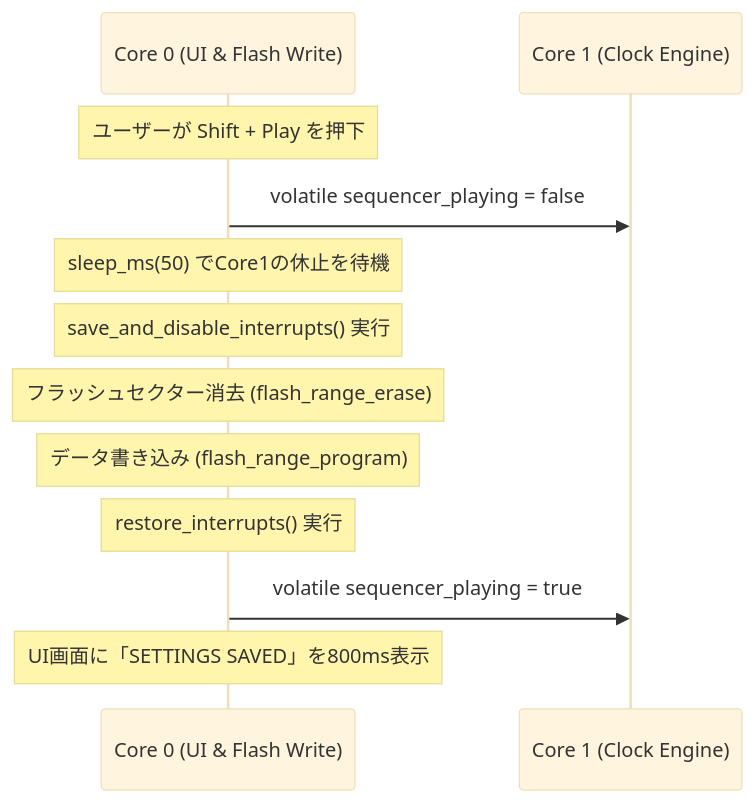
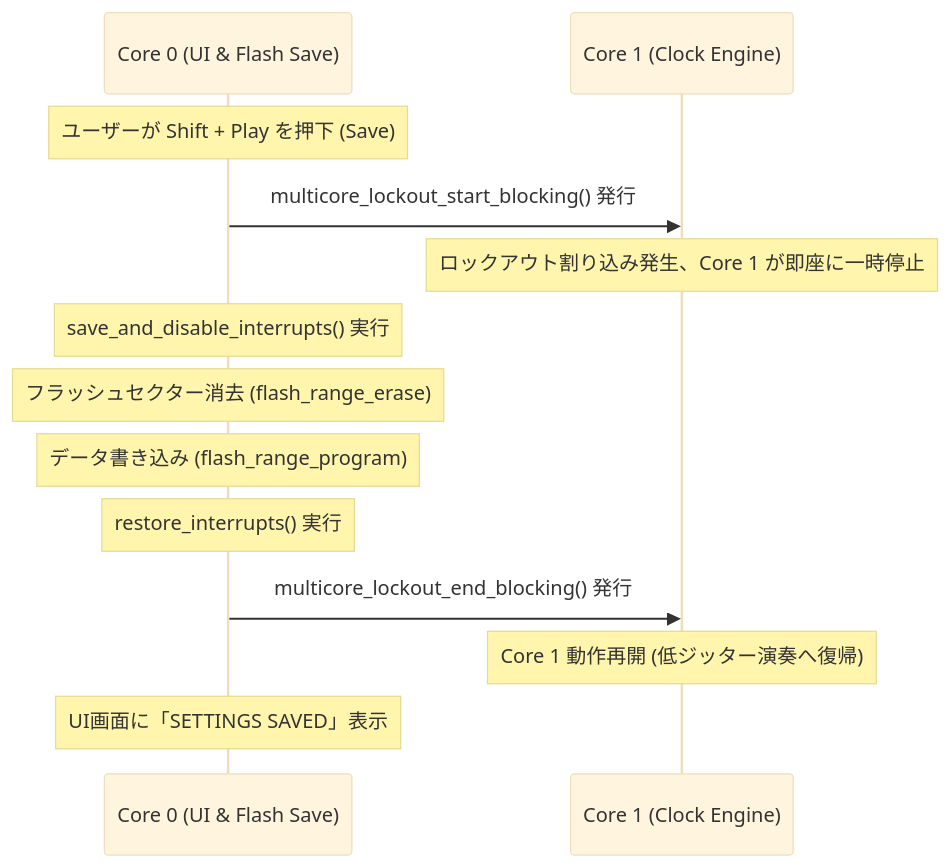
The second of 2 diagrams in ARCHITECTURE.md (ijnekenamay/generative-midi-sequencer), drawn with Mermaid (base theme) before and after one commit. The commit also changed other lines of this file and 7 other files, not shown here.

````diff
--- a/ARCHITECTURE.md
+++ b/ARCHITECTURE.md
@@ -165,15 +182,16 @@
 ```mermaid
 sequenceDiagram
-    participant Core0 as Core 0 (UI & Flash Write)
+    participant Core0 as Core 0 (UI & Flash Save)
     participant Core1 as Core 1 (Clock Engine)
     
-    Note over Core0: ユーザーが Shift + Play を押下
-    Core0->>Core1: volatile sequencer_playing = false
-    Note over Core0: sleep_ms(50) でCore1の休止を待機
+    Note over Core0: ユーザーが Shift + Play を押下 (Save)
+    Core0->>Core1: multicore_lockout_start_blocking() 発行
+    Note over Core1: ロックアウト割り込み発生、Core 1 が即座に一時停止
     Note over Core0: save_and_disable_interrupts() 実行
     Note over Core0: フラッシュセクター消去 (flash_range_erase)
     Note over Core0: データ書き込み (flash_range_program)
     Note over Core0: restore_interrupts() 実行
-    Core0->>Core1: volatile sequencer_playing = true
-    Note over Core0: UI画面に「SETTINGS SAVED」を800ms表示
+    Core0->>Core1: multicore_lockout_end_blocking() 発行
+    Note over Core1: Core 1 動作再開 (低ジッター演奏へ復帰)
+    Note over Core0: UI画面に「SETTINGS SAVED」表示
 ```
````
